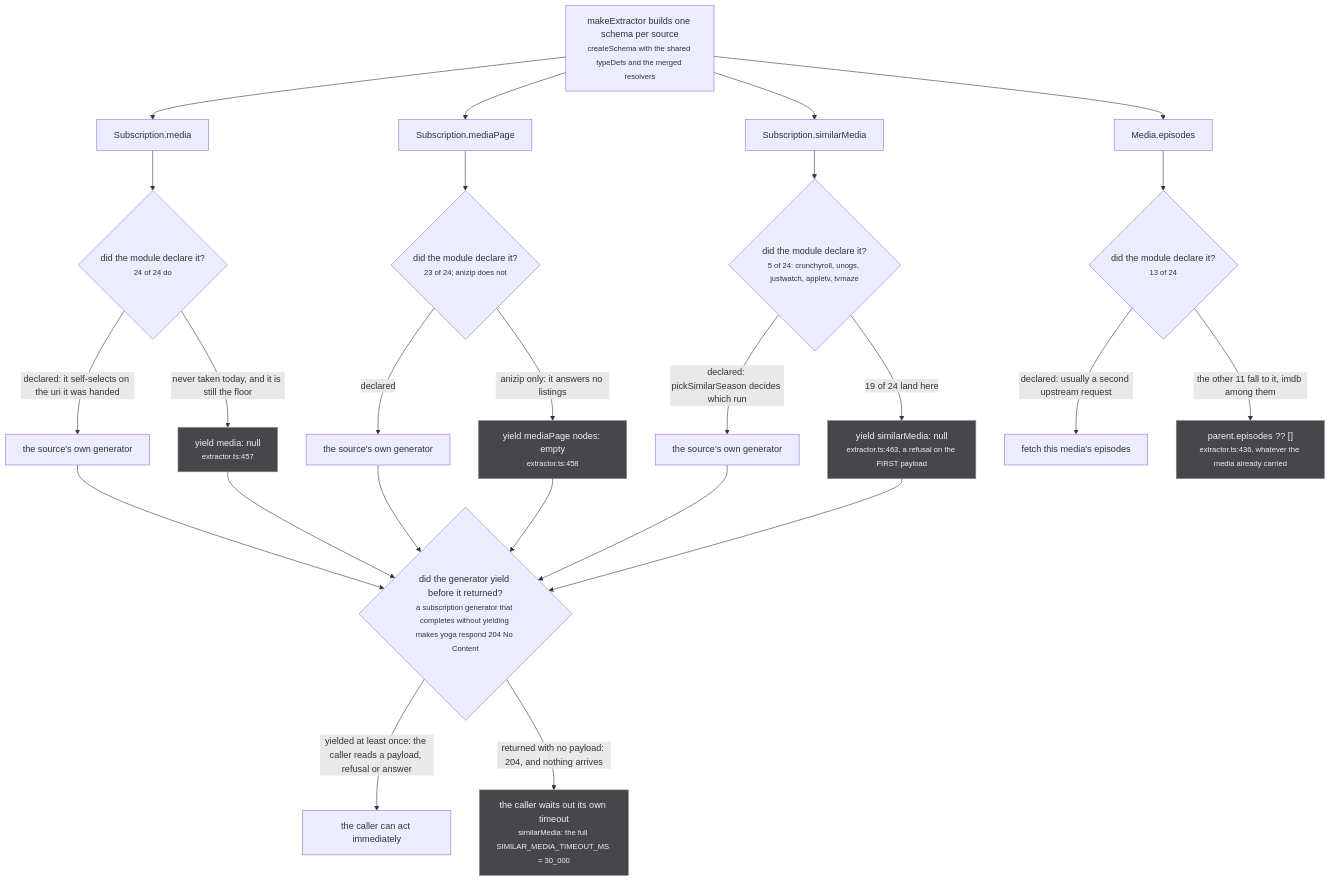
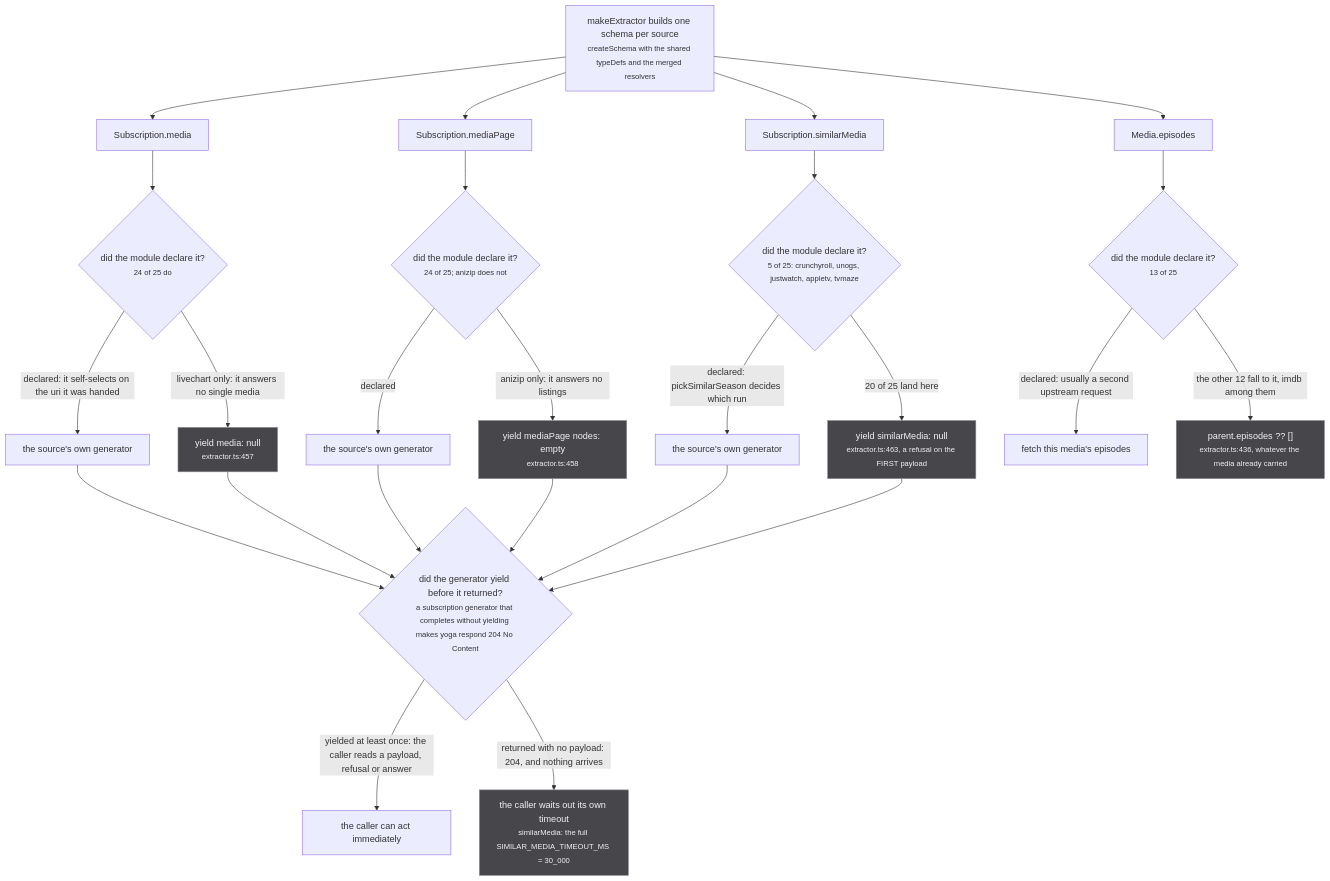
One commit to banou26/stub changed the second of 3 diagrams in docs/src/content/docs/sources/contract.md. Above: the diagram before and after it, drawn with Mermaid. The commit also changed other lines of this file and 22 other files, not shown here.

````diff
--- a/docs/src/content/docs/sources/contract.md
+++ b/docs/src/content/docs/sources/contract.md
@@ -192,42 +192,42 @@
 ```mermaid
 flowchart TD
   SCHEMA["makeExtractor builds one schema per source<br/><small>createSchema with the shared typeDefs and the merged resolvers</small>"]
 
   SCHEMA --> A["Subscription.media"]
   SCHEMA --> B["Subscription.mediaPage"]
   SCHEMA --> C["Subscription.similarMedia"]
   SCHEMA --> E["Media.episodes"]
 
-  A --> DA{"did the module declare it?<br/><small>24 of 24 do</small>"}
+  A --> DA{"did the module declare it?<br/><small>24 of 25 do</small>"}
   DA -->|"declared: it self-selects on the uri it was handed"| AY["the source's own generator"]
-  DA -->|"never taken today, and it is still the floor"| AD["yield media: null<br/><small>extractor.ts:457</small>"]
+  DA -->|"livechart only: it answers no single media"| AD["yield media: null<br/><small>extractor.ts:457</small>"]
 
-  B --> DB{"did the module declare it?<br/><small>23 of 24; anizip does not</small>"}
+  B --> DB{"did the module declare it?<br/><small>24 of 25; anizip does not</small>"}
   DB -->|"declared"| BY["the source's own generator"]
   DB -->|"anizip only: it answers no listings"| BD["yield mediaPage nodes: empty<br/><small>extractor.ts:458</small>"]
 
-  C --> DC{"did the module declare it?<br/><small>5 of 24: crunchyroll, unogs, justwatch, appletv, tvmaze</small>"}
+  C --> DC{"did the module declare it?<br/><small>5 of 25: crunchyroll, unogs, justwatch, appletv, tvmaze</small>"}
   DC -->|"declared: pickSimilarSeason decides which run"| CY["the source's own generator"]
-  DC -->|"19 of 24 land here"| CD["yield similarMedia: null<br/><small>extractor.ts:463, a refusal on the FIRST payload</small>"]
+  DC -->|"20 of 25 land here"| CD["yield similarMedia: null<br/><small>extractor.ts:463, a refusal on the FIRST payload</small>"]
 
-  E --> DE{"did the module declare it?<br/><small>13 of 24</small>"}
+  E --> DE{"did the module declare it?<br/><small>13 of 25</small>"}
   DE -->|"declared: usually a second upstream request"| EY["fetch this media's episodes"]
-  DE -->|"the other 11 fall to it, imdb among them"| ED["parent.episodes ?? []<br/><small>extractor.ts:436, whatever the media already carried</small>"]
+  DE -->|"the other 12 fall to it, imdb among them"| ED["parent.episodes ?? []<br/><small>extractor.ts:436, whatever the media already carried</small>"]
 
   AY --> D204{"did the generator yield before it returned?<br/><small>a subscription generator that completes without yielding makes yoga respond 204 No Content</small>"}
   BY --> D204
   CY --> D204
   AD --> D204
   BD --> D204
   CD --> D204
 
   D204 -->|"yielded at least once: the caller reads a payload, refusal or answer"| OK["the caller can act immediately"]
   D204 -->|"returned with no payload: 204, and nothing arrives"| WAIT["the caller waits out its own timeout<br/><small>similarMedia: the full SIMILAR_MEDIA_TIMEOUT_MS = 30_000</small>"]
 
   classDef irrev fill:#b03f33,stroke:#e0796f,color:#ffffff
   classDef ratchet fill:#8f5a0e,stroke:#f2b45c,color:#ffffff
   classDef view fill:#4572b5,stroke:#8db0de,color:#ffffff
   classDef refuse fill:#46464b,stroke:#8b8c93,color:#f2f2f4
   class AD,BD,CD,ED refuse
   class WAIT refuse
 ```
````
